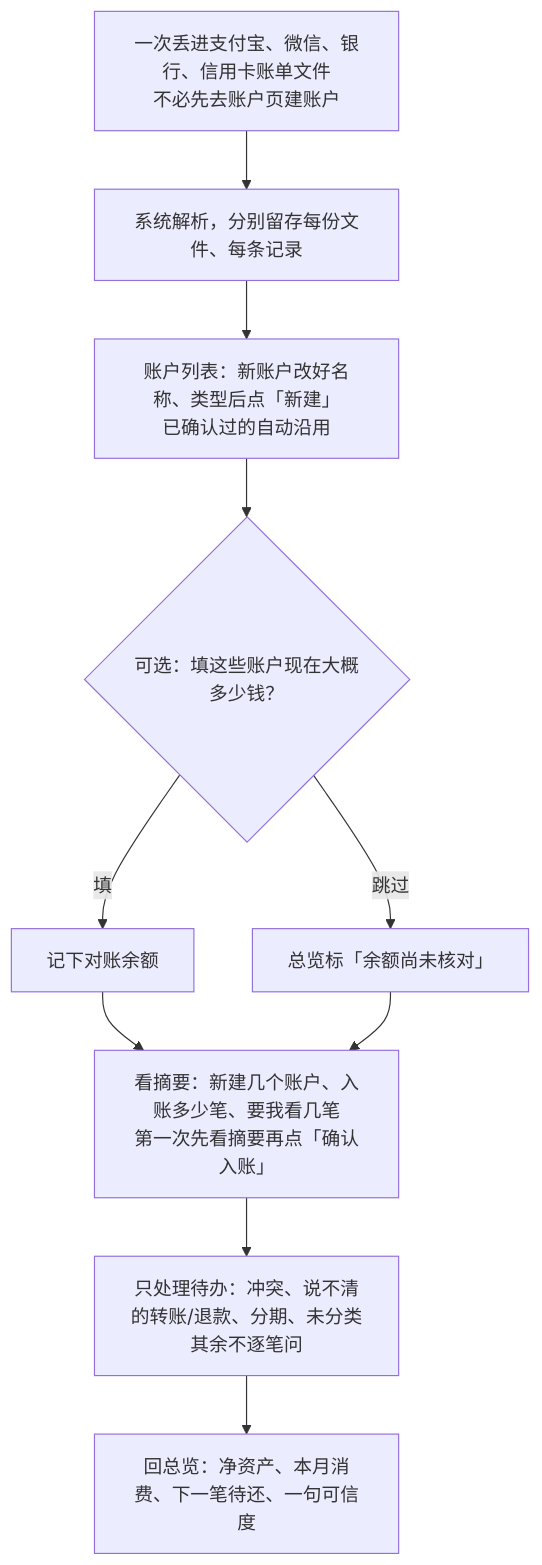
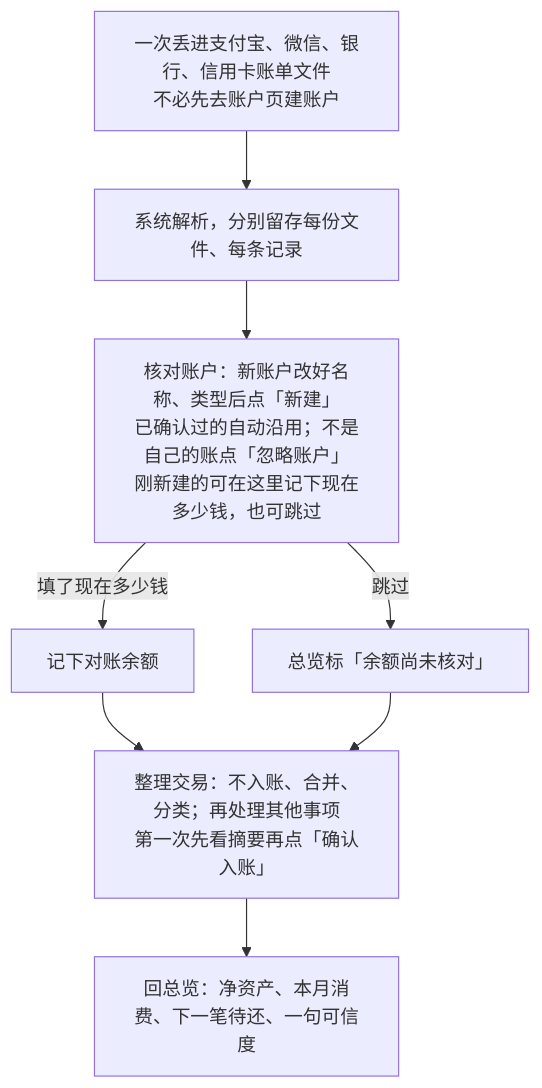
One commit to gaohongxiang/catledger changed the first of 2 diagrams in docs/个人财务用户需求.md. Above: the diagram before and after it, drawn with Mermaid. The commit also changed other lines of this file and 8 other files, not shown here.

```diff
--- a/docs/个人财务用户需求.md
+++ b/docs/个人财务用户需求.md
@@ -50,12 +50,10 @@
 ~~~mermaid
 flowchart TD
     A["一次丢进支付宝、微信、银行、信用卡账单文件<br/>不必先去账户页建账户"] --> B["系统解析，分别留存每份文件、每条记录"]
-    B --> C["账户列表：新账户改好名称、类型后点「新建」<br/>已确认过的自动沿用"]
-    C --> D{"可选：填这些账户现在大概多少钱？"}
-    D -->|填| E["记下对账余额"]
-    D -->|跳过| F["总览标「余额尚未核对」"]
-    E --> G["看摘要：新建几个账户、入账多少笔、要我看几笔<br/>第一次先看摘要再点「确认入账」"]
+    B --> C["核对账户：新账户改好名称、类型后点「新建」<br/>已确认过的自动沿用；不是自己的账点「忽略账户」<br/>刚新建的可在这里记下现在多少钱，也可跳过"]
+    C -->|填了现在多少钱| E["记下对账余额"]
+    C -->|跳过| F["总览标「余额尚未核对」"]
+    E --> G["整理交易：不入账、合并、分类；再处理其他事项<br/>第一次先看摘要再点「确认入账」"]
     F --> G
-    G --> H["只处理待办：冲突、说不清的转账/退款、分期、未分类<br/>其余不逐笔问"]
-    H --> I["回总览：净资产、本月消费、下一笔待还、一句可信度"]
+    G --> I["回总览：净资产、本月消费、下一笔待还、一句可信度"]
 ~~~
```
